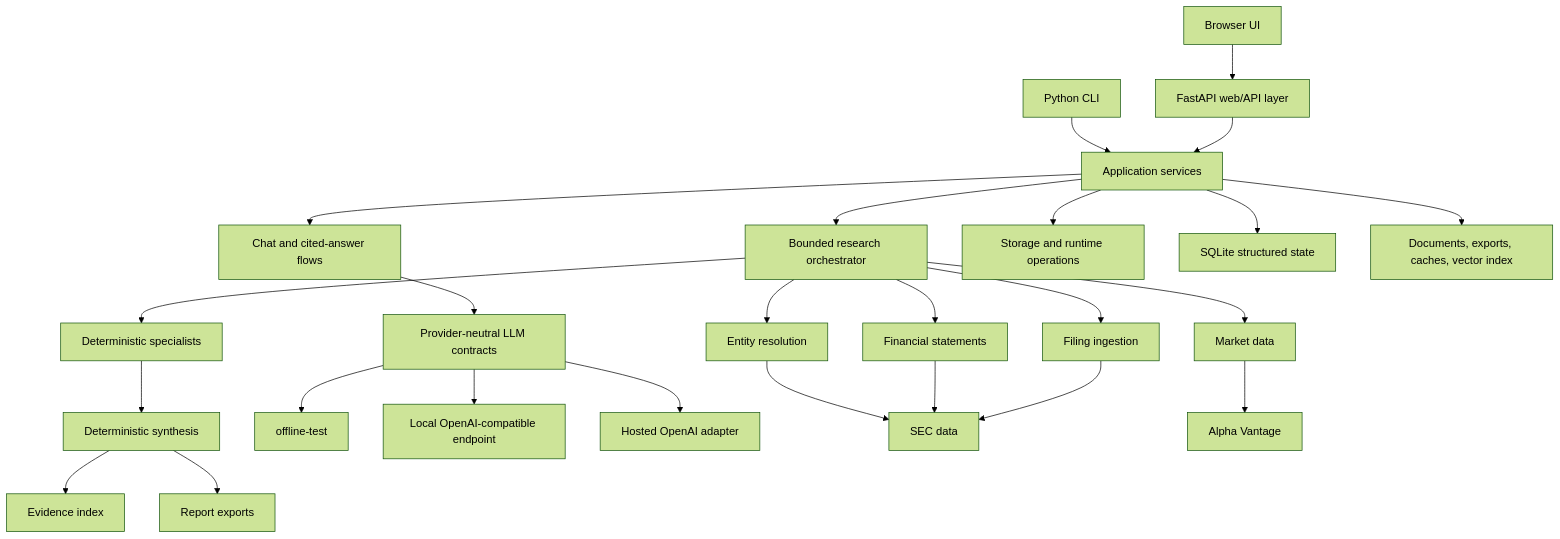
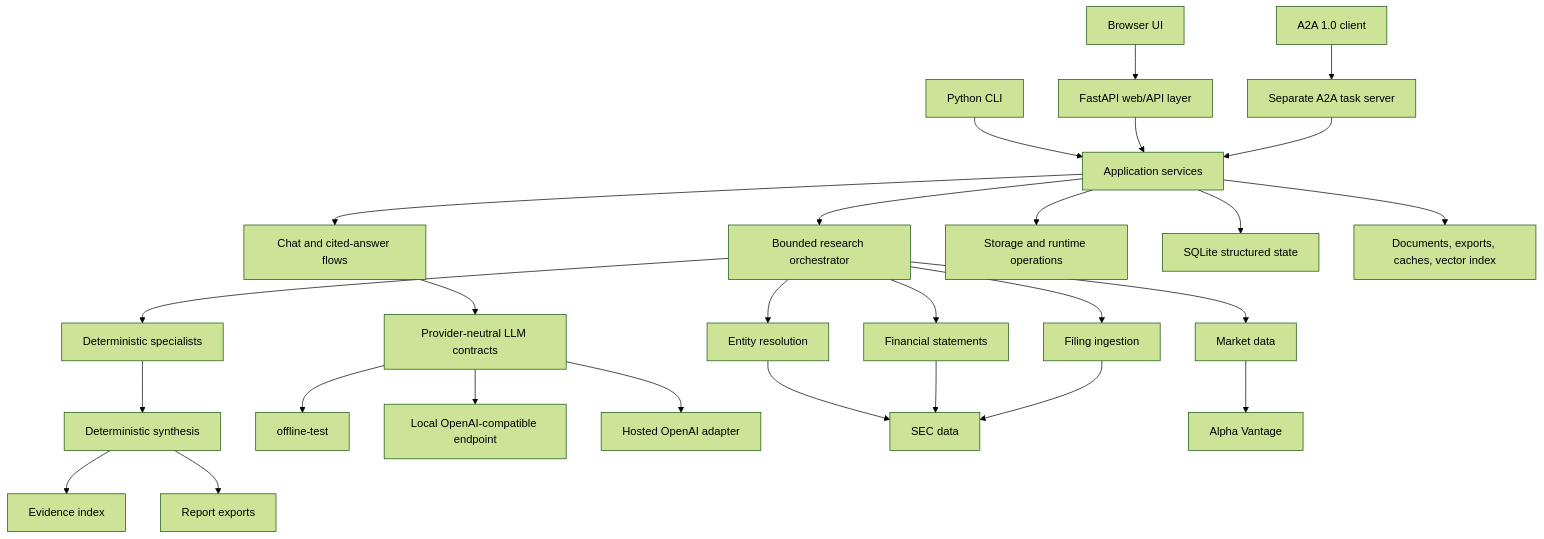
Before and after one commit to Ossi-1337/financial-research-agent: the first of 2 diagrams in docs/architecture.md, drawn with Mermaid (forest theme). The commit also changed other lines of this file and 32 other files, not shown here.

First line of the commit message:
Add optional A2A company research task server

````diff
--- a/docs/architecture.md
+++ b/docs/architecture.md
@@ -8,32 +8,34 @@
 ```mermaid
 flowchart TB
     Browser["Browser UI"] --> API["FastAPI web/API layer"]
     CLI["Python CLI"] --> Services["Application services"]
     API --> Services
+    A2AClient["A2A 1.0 client"] --> A2AServer["Separate A2A task server"]
+    A2AServer --> Services
 
     Services --> Orchestrator["Bounded research orchestrator"]
     Services --> Chat["Chat and cited-answer flows"]
     Services --> Operations["Storage and runtime operations"]
 
     Orchestrator --> Entity["Entity resolution"]
     Orchestrator --> Market["Market data"]
     Orchestrator --> Statements["Financial statements"]
     Orchestrator --> Filings["Filing ingestion"]
     Orchestrator --> Specialists["Deterministic specialists"]
     Specialists --> Synthesis["Deterministic synthesis"]
     Synthesis --> Evidence["Evidence index"]
     Synthesis --> Exports["Report exports"]
 
     Chat --> LLM["Provider-neutral LLM contracts"]
     LLM --> Offline["offline-test"]
     LLM --> Local["Local OpenAI-compatible endpoint"]
     LLM --> Hosted["Hosted OpenAI adapter"]
 
     Entity --> SEC["SEC data"]
     Statements --> SEC
     Filings --> SEC
     Market --> Alpha["Alpha Vantage"]
 
     Services --> SQLite["SQLite structured state"]
     Services --> Files["Documents, exports, caches, vector index"]
 ```
````
